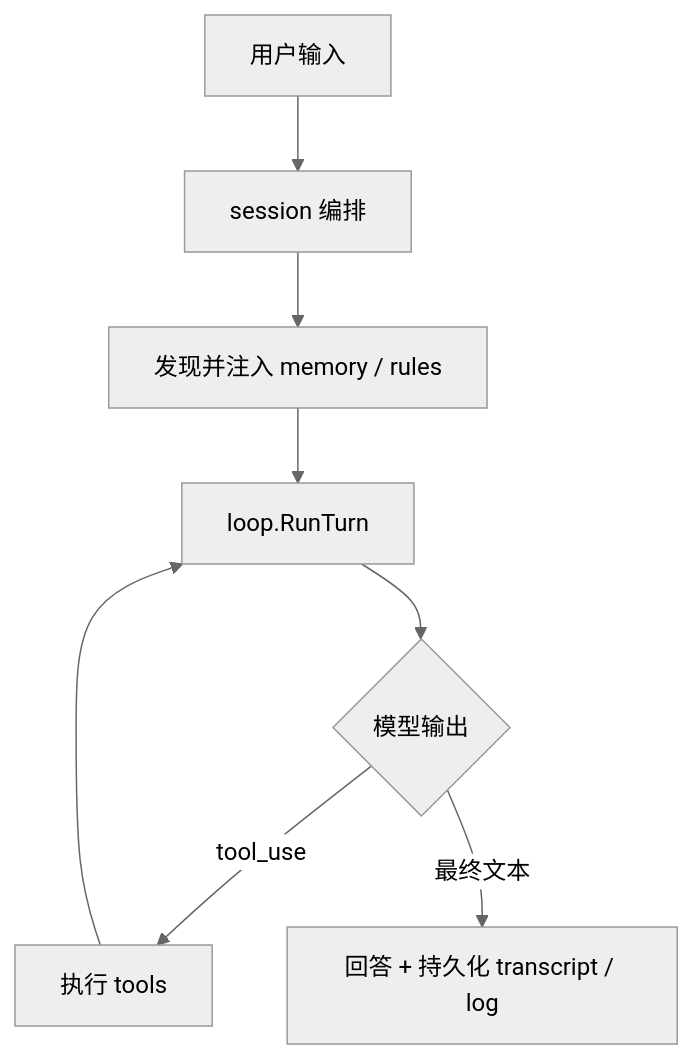
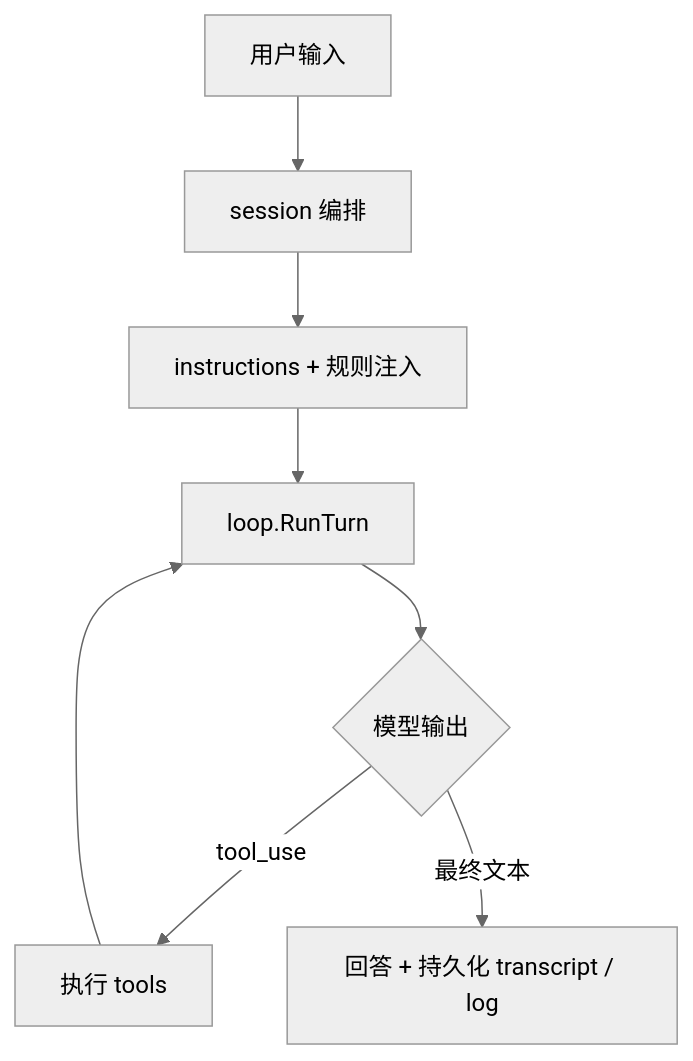
The diagram in README.md (lengzhao/oneclaw), drawn with Mermaid (neutral theme) before and after one commit. The commit also changed other lines of this file and 50 other files, not shown here.

````diff
--- a/README.md
+++ b/README.md
@@ -104,10 +102,10 @@
 ```mermaid
 flowchart TB
   U[用户输入] --> S[session 编排]
-  S --> M[发现并注入 memory / rules]
+  S --> M[instructions + 规则注入]
   M --> L[loop.RunTurn]
   L --> T{模型输出}
   T -->|tool_use| X[执行 tools]
   X --> L
   T -->|最终文本| O[回答 + 持久化 transcript / log]
 ```
````
